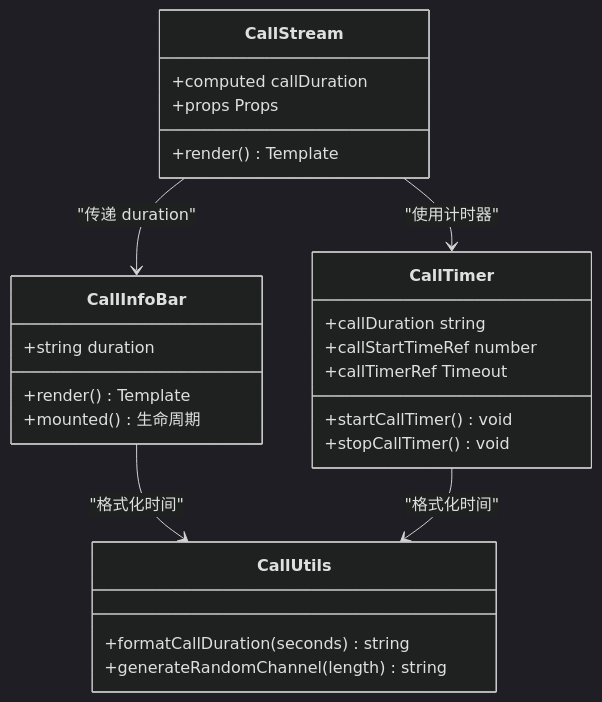
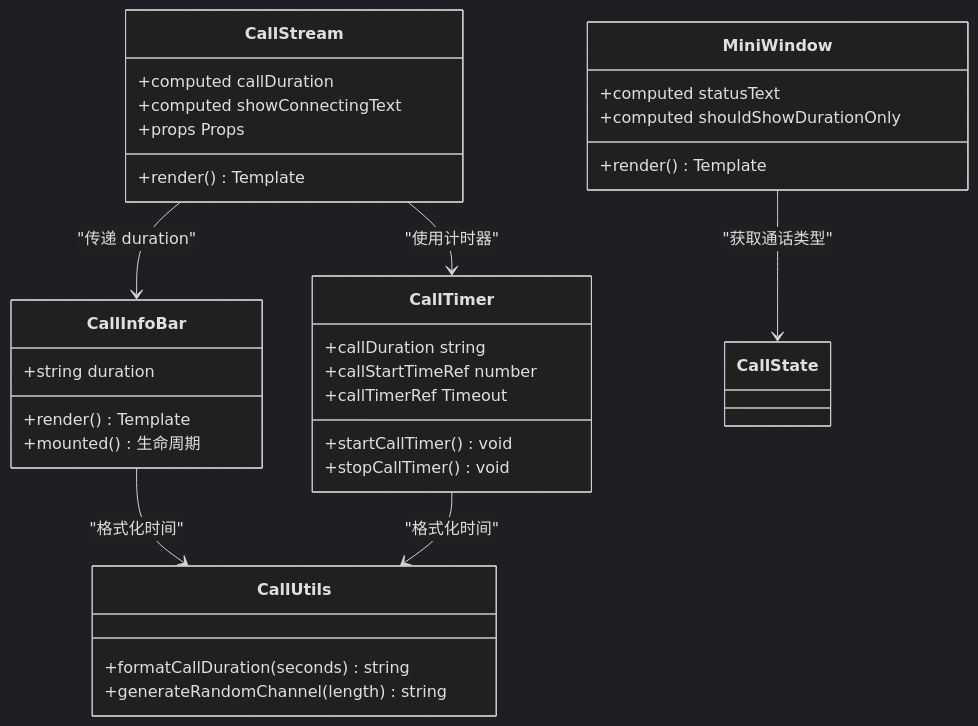
The third of 10 diagrams in .qoder/repowiki/zh/content/核心组件/单人通话组件/通话信息栏 CallInfoBar.md (Easemob-Community/easemob-uikit-callkit-vue3), drawn with Mermaid (dark theme) before and after one commit. The commit also changed other lines of this file and 58 other files, not shown here.

````diff
--- a/.qoder/repowiki/zh/content/核心组件/单人通话组件/通话信息栏 CallInfoBar.md
+++ b/.qoder/repowiki/zh/content/核心组件/单人通话组件/通话信息栏 CallInfoBar.md
@@ -108,28 +132,35 @@
 ```mermaid
 classDiagram
 class CallInfoBar {
 +string duration
 +render() Template
 +mounted() 生命周期
 }
 class CallStream {
 +computed callDuration
++computed showConnectingText
 +render() Template
 +props Props
 }
 class CallTimer {
 +callDuration string
 +startCallTimer() void
 +stopCallTimer() void
 +callStartTimeRef number
 +callTimerRef Timeout
 }
 class CallUtils {
 +formatCallDuration(seconds) string
 +generateRandomChannel(length) string
 }
+class MiniWindow {
++computed statusText
++computed shouldShowDurationOnly
++render() Template
+}
 CallStream --> CallInfoBar : "传递 duration"
 CallStream --> CallTimer : "使用计时器"
 CallInfoBar --> CallUtils : "格式化时间"
 CallTimer --> CallUtils : "格式化时间"
+MiniWindow --> CallState : "获取通话类型"
 ```
````
